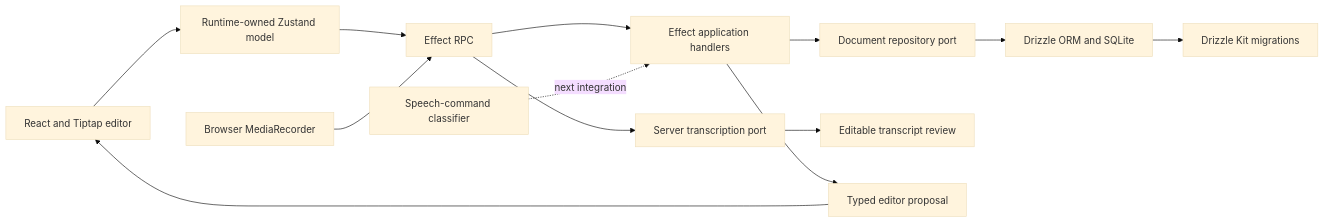
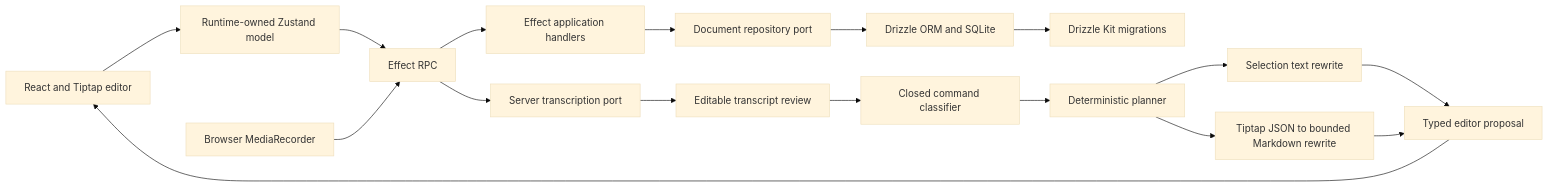
One commit to seanstrom/sudowrite-technical changed the diagram in README.md. Above: the diagram before and after it, drawn with Mermaid (base theme). The commit also changed other lines of this file, not shown here.

````diff
--- a/README.md
+++ b/README.md
@@ -38,15 +39,19 @@
 ```mermaid
 flowchart LR
   Editor["React and Tiptap editor"] --> Runtime["Runtime-owned Zustand model"]
   Runtime --> RPC["Effect RPC"]
   RPC --> Application["Effect application handlers"]
   Application --> Repository["Document repository port"]
   Repository --> Storage["Drizzle ORM and SQLite"]
   Storage --> Migrations["Drizzle Kit migrations"]
   Capture["Browser MediaRecorder"] --> RPC
   RPC --> Transcription["Server transcription port"]
   Transcription --> Review["Editable transcript review"]
-  Classifier["Speech-command classifier"] -. "next integration" .-> Application
-  Application --> Proposal["Typed editor proposal"]
+  Review --> Classifier["Closed command classifier"]
+  Classifier --> Planner["Deterministic planner"]
+  Planner --> Selection["Selection text rewrite"]
+  Planner --> Markdown["Tiptap JSON to bounded Markdown rewrite"]
+  Selection --> Proposal["Typed editor proposal"]
+  Markdown --> Proposal
   Proposal --> Editor
 ```
````
